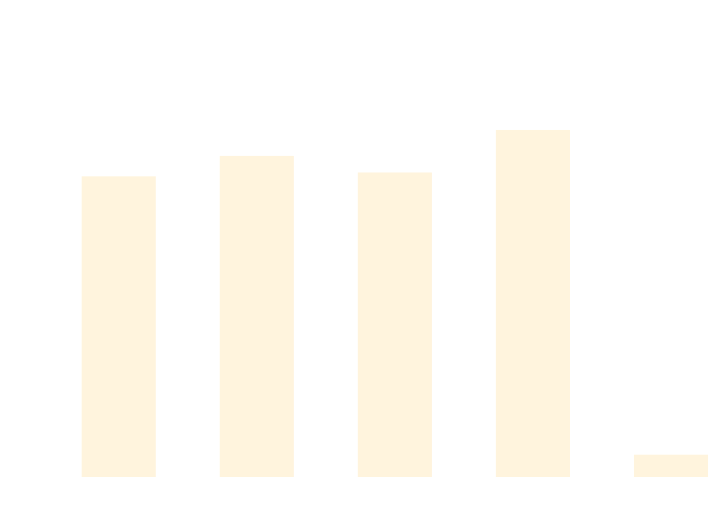
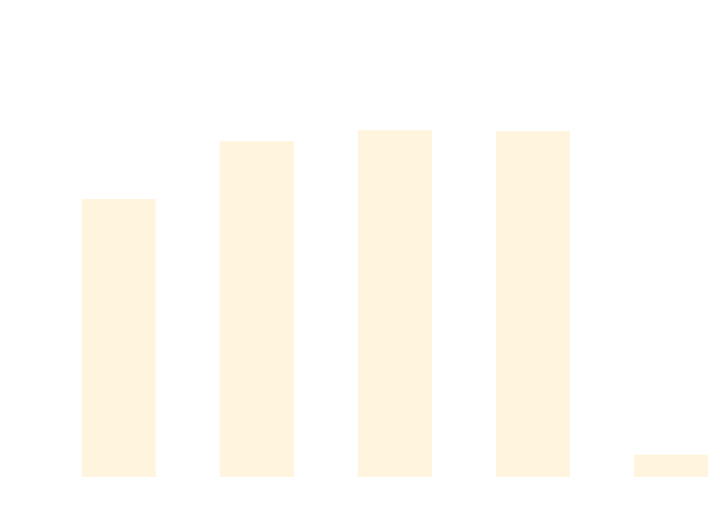
The diagram in docs/docs/benchmarks/DataDrivenTests.md (thomhurst/TUnit), drawn with Mermaid before and after one commit. The commit also changed other lines of this file and 17 other files, not shown here.

````diff
--- a/docs/docs/benchmarks/DataDrivenTests.md
+++ b/docs/docs/benchmarks/DataDrivenTests.md
@@ -27,37 +27,37 @@
 ```mermaid
 %%{init: {
   'theme':'base',
   'themeVariables': {
     'primaryColor': '#2563eb',
     'primaryTextColor': '#ffffff',
     'primaryBorderColor': '#1e40af',
     'lineColor': '#6b7280',
     'secondaryColor': '#7c3aed',
     'tertiaryColor': '#dc2626',
     'background': '#ffffff',
     'mainBkg': '#2563eb',
     'secondBkg': '#7c3aed',
     'tertiaryBkg': '#dc2626',
     'clusterBkg': '#f3f4f6',
     'edgeLabelBackground': '#ffffff',
     'tertiaryTextColor': '#1f2937',
     'pie1': '#2563eb',
     'pie2': '#7c3aed',
     'pie3': '#dc2626',
     'pie4': '#f59e0b',
     'pie5': '#10b981',
     'pie6': '#06b6d4',
     'pie7': '#ec4899',
     'pie8': '#6366f1',
     'pie9': '#84cc16',
     'pie10': '#f97316',
     'pie11': '#14b8a6',
     'pie12': '#a855f7'
   }
 }}%%
 xychart-beta
   title "DataDrivenTests Performance Comparison"
   x-axis ["TUnit", "NUnit", "MSTest", "xUnit3", "TUnit_AOT"]
-  y-axis "Time (ms)" 0 --> 686
-  bar [493.28, 527.71, 499.8, 571.43, 24.09]
+  y-axis "Time (ms)" 0 --> 712
+  bar [472.15, 573.4, 592.88, 591.1, 25]
 ```
````
